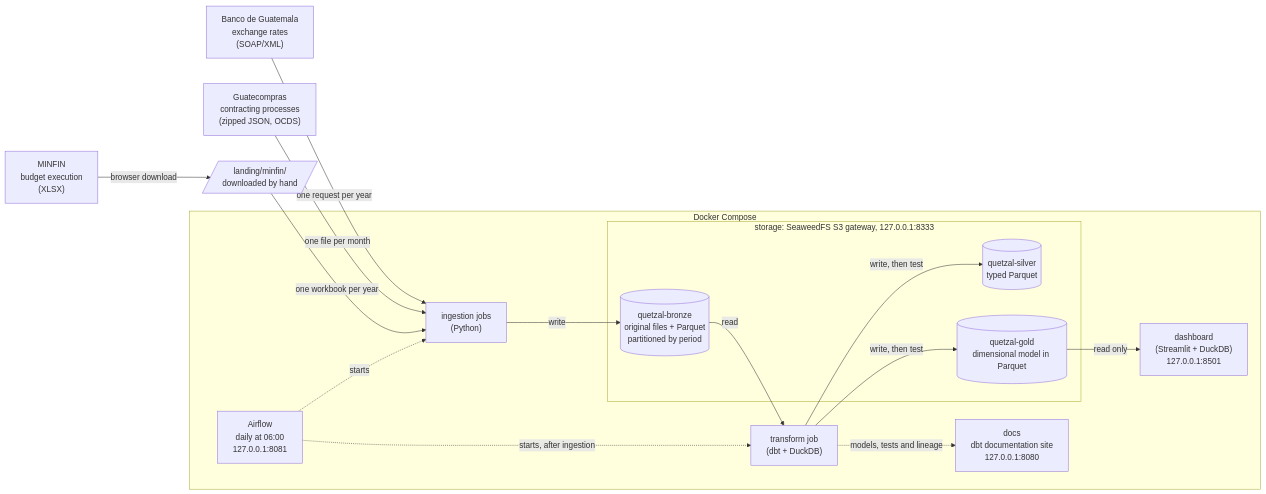
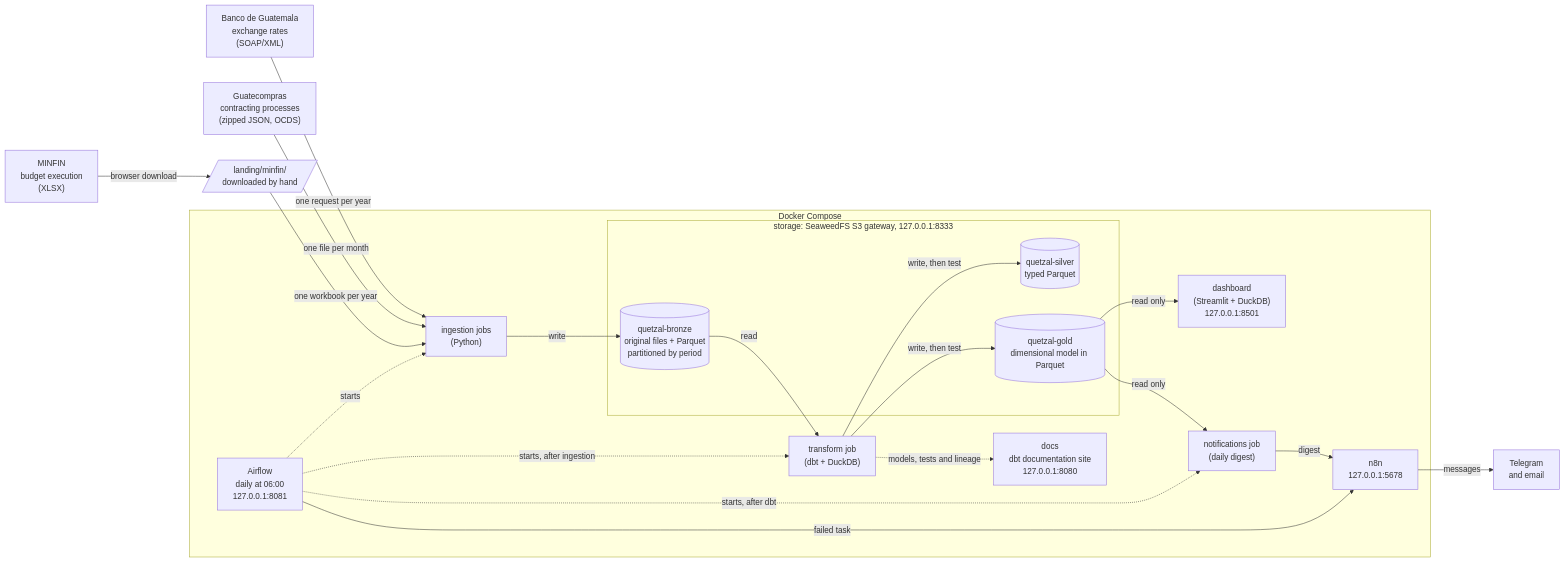
One commit to Carlosmarroquin20/quetzal-lakehouse changed the diagram in README.md. Above: the diagram before and after it, drawn with Mermaid. The commit also changed other lines of this file, not shown here.

First line of the commit message:
Add the notifications to the README

````diff
--- a/README.md
+++ b/README.md
@@ -59,31 +67,38 @@
 ```mermaid
 flowchart LR
     banguat["Banco de Guatemala<br/>exchange rates<br/>(SOAP/XML)"]
     guatecompras["Guatecompras<br/>contracting processes<br/>(zipped JSON, OCDS)"]
     minfin["MINFIN<br/>budget execution<br/>(XLSX)"]
     landing[/"landing/minfin/<br/>downloaded by hand"/]
     subgraph compose["Docker Compose"]
         airflow["Airflow<br/>daily at 06:00<br/>127.0.0.1:8081"]
         ingestion["ingestion jobs<br/>(Python)"]
         transform["transform job<br/>(dbt + DuckDB)"]
         docs["docs<br/>dbt documentation site<br/>127.0.0.1:8080"]
         dashboard["dashboard<br/>(Streamlit + DuckDB)<br/>127.0.0.1:8501"]
+        notifications["notifications job<br/>(daily digest)"]
+        n8n["n8n<br/>127.0.0.1:5678"]
         subgraph storage["storage: SeaweedFS S3 gateway, 127.0.0.1:8333"]
             bronze[("quetzal-bronze<br/>original files + Parquet<br/>partitioned by period")]
             silver[("quetzal-silver<br/>typed Parquet")]
             gold[("quetzal-gold<br/>dimensional model in Parquet")]
         end
     end
     banguat -- "one request per year" --> ingestion
     guatecompras -- "one file per month" --> ingestion
     minfin -- "browser download" --> landing
     landing -- "one workbook per year" --> ingestion
     ingestion -- "write" --> bronze
     bronze -- "read" --> transform
     transform -- "write, then test" --> silver
     transform -- "write, then test" --> gold
     transform -. "models, tests and lineage" .-> docs
     gold -- "read only" --> dashboard
+    gold -- "read only" --> notifications
     airflow -. "starts" .-> ingestion
     airflow -. "starts, after ingestion" .-> transform
+    airflow -. "starts, after dbt" .-> notifications
+    notifications -- "digest" --> n8n
+    airflow -- "failed task" --> n8n
+    n8n -- "messages" --> channels["Telegram<br/>and email"]
 ```
````
